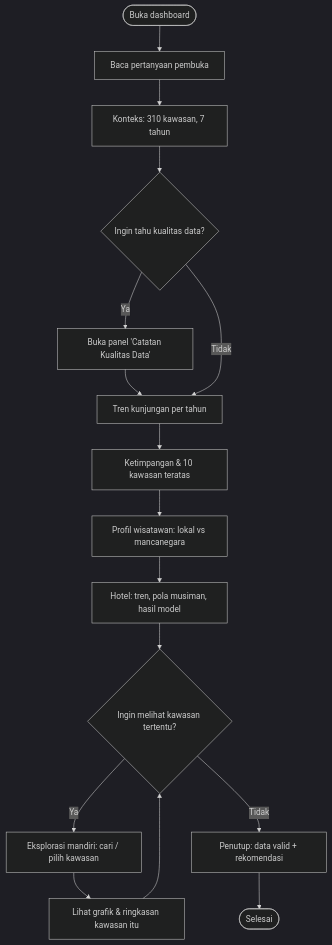
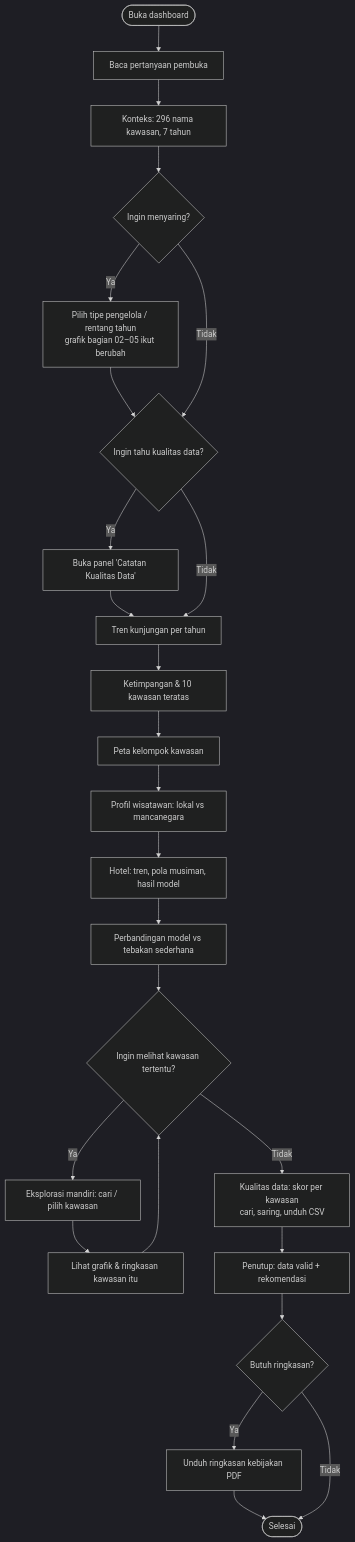
Before and after one commit to rivaldimhr/Data-Analytics: the first of 3 diagrams in README.md, drawn with Mermaid (dark theme). The commit also changed other lines of this file and 1 other file, not shown here.

Commit message:
README: perbandingan model, skor kualitas data, peta, filter, pengujian; diagram aktivitas diperbarui

````diff
--- a/README.md
+++ b/README.md
@@ -19,15 +20,23 @@
 ```mermaid
 flowchart TB
   S([Buka dashboard]) --> A[Baca pertanyaan pembuka]
-  A --> B[Konteks: 310 kawasan, 7 tahun]
-  B --> C{Ingin tahu kualitas data?}
+  A --> B[Konteks: 296 nama kawasan, 7 tahun]
+  B --> FL{Ingin menyaring?}
+  FL -- Ya --> FL1[Pilih tipe pengelola / rentang tahun<br>grafik bagian 02–05 ikut berubah] --> C
+  FL -- Tidak --> C
+  C{Ingin tahu kualitas data?}
   C -- Ya --> C1[Buka panel 'Catatan Kualitas Data'] --> D
   C -- Tidak --> D[Tren kunjungan per tahun]
   D --> E[Ketimpangan & 10 kawasan teratas]
-  E --> F[Profil wisatawan: lokal vs mancanegara]
+  E --> MP[Peta kelompok kawasan]
+  MP --> F[Profil wisatawan: lokal vs mancanegara]
   F --> G[Hotel: tren, pola musiman, hasil model]
-  G --> H{Ingin melihat kawasan tertentu?}
+  G --> G2[Perbandingan model vs tebakan sederhana]
+  G2 --> H{Ingin melihat kawasan tertentu?}
   H -- Ya --> H1[Eksplorasi mandiri: cari / pilih kawasan] --> H2[Lihat grafik & ringkasan kawasan itu] --> H
-  H -- Tidak --> I[Penutup: data valid + rekomendasi]
-  I --> Z([Selesai])
+  H -- Tidak --> DQ[Kualitas data: skor per kawasan<br>cari, saring, unduh CSV]
+  DQ --> I[Penutup: data valid + rekomendasi]
+  I --> PDF{Butuh ringkasan?}
+  PDF -- Ya --> PDF1[Unduh ringkasan kebijakan PDF] --> Z
+  PDF -- Tidak --> Z([Selesai])
 ```
````
